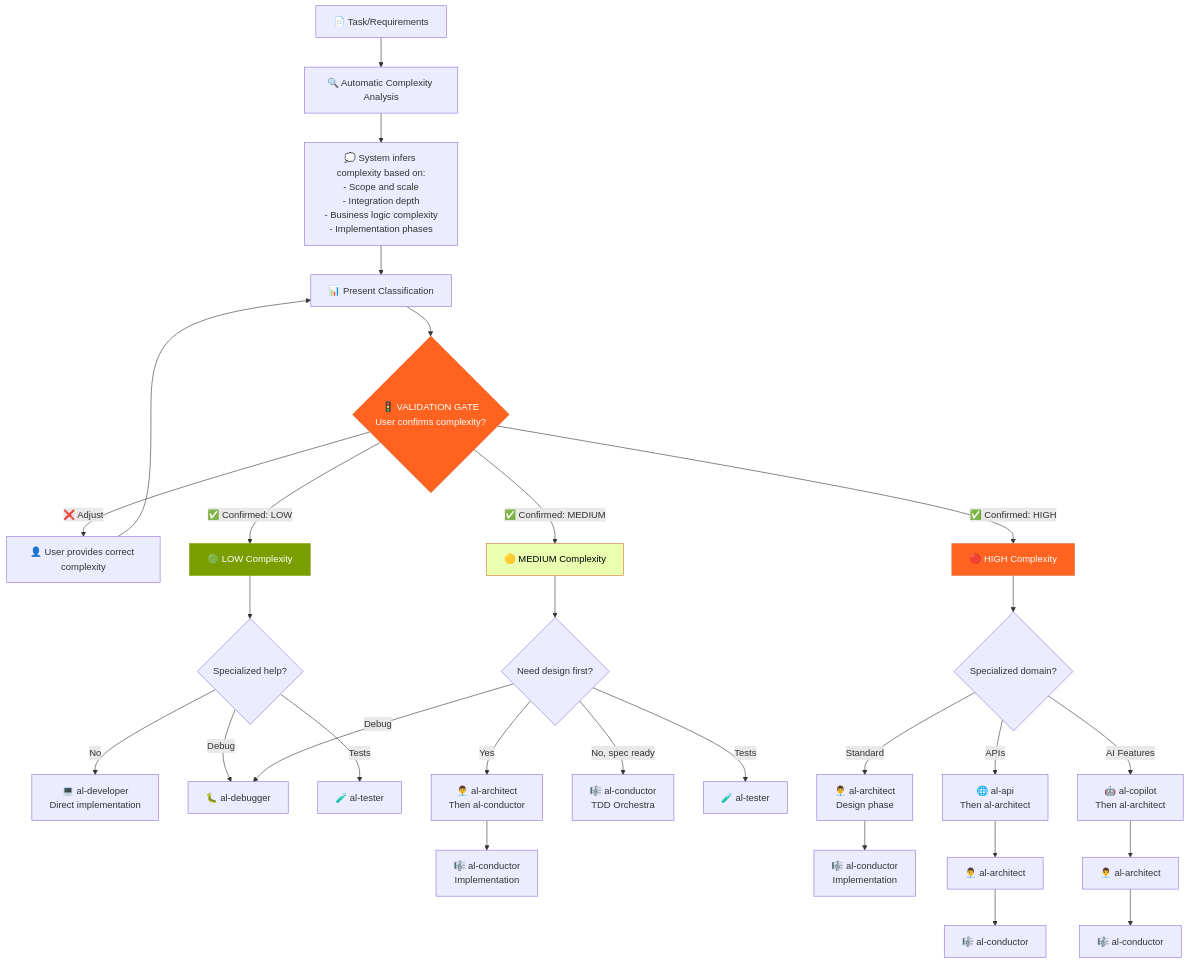
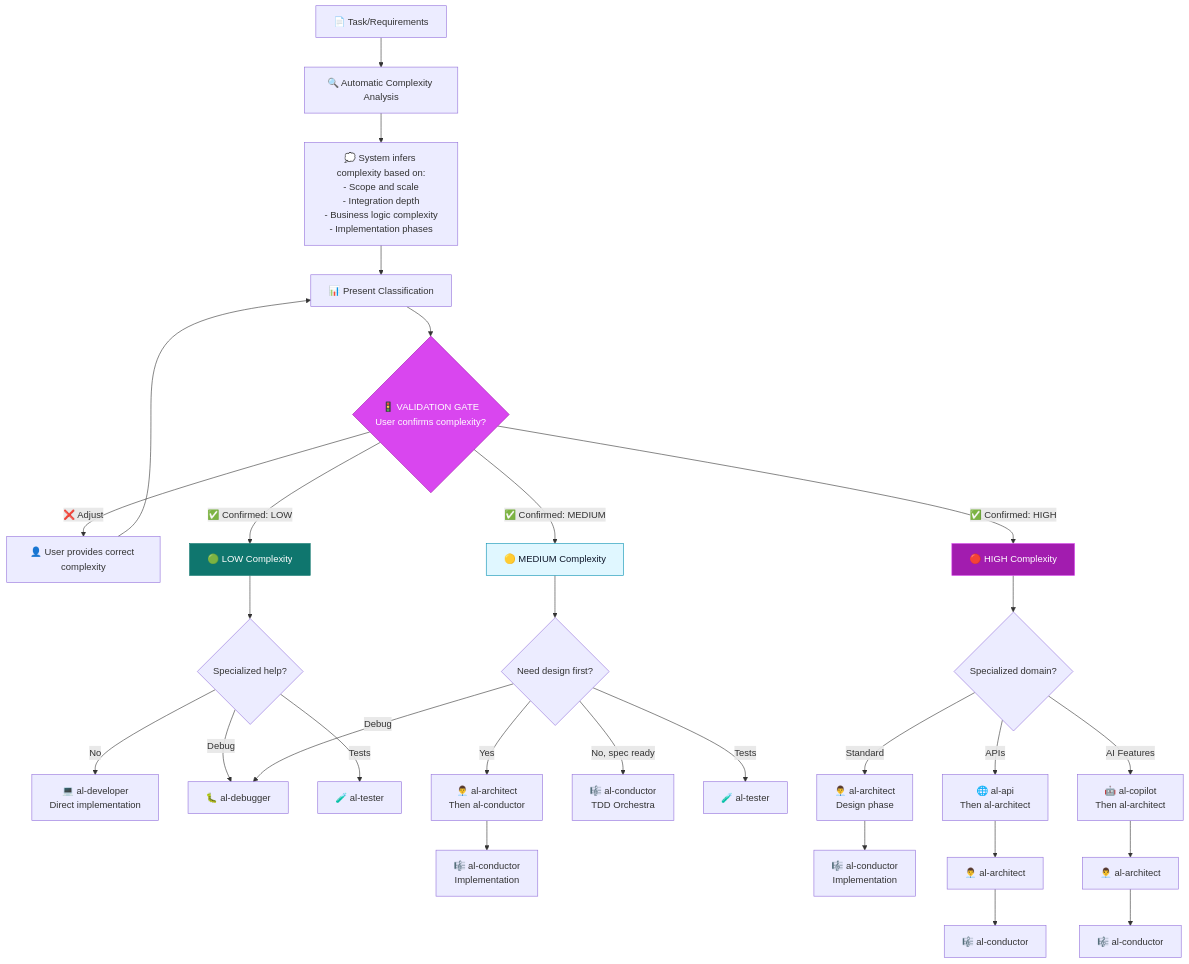
The diagram in docs/agents/index.md (javiarmesto/ALDC-AL-Development-Collection), drawn with Mermaid before and after one commit. The commit also changed 12 other files, not shown here.

````diff
--- a/docs/agents/index.md
+++ b/docs/agents/index.md
@@ -122,44 +122,44 @@
 ```mermaid
 graph TD
     Start[📄 Task/Requirements] --> Analyze[🔍 Automatic Complexity Analysis]
     
     Analyze --> Infer[💭 System infers complexity based on:<br/>- Scope and scale<br/>- Integration depth<br/>- Business logic complexity<br/>- Implementation phases]
     
     Infer --> Present[📊 Present Classification]
     Present --> Gate{🚦 VALIDATION GATE<br/>User confirms complexity?}
     
     Gate -->|❌ Adjust| UserInput[👤 User provides correct complexity]
     UserInput --> Present
     
     Gate -->|✅ Confirmed: LOW| Low[🟢 LOW Complexity]
     Gate -->|✅ Confirmed: MEDIUM| Med[🟡 MEDIUM Complexity]
     Gate -->|✅ Confirmed: HIGH| High[🔴 HIGH Complexity]
     
     Low --> LowRoute{Specialized help?}
     LowRoute -->|No| DevDirect[💻 al-developer<br/>Direct implementation]
     LowRoute -->|Debug| Debug[🐛 al-debugger]
     LowRoute -->|Tests| Test1[🧪 al-tester]
     
     Med --> MedRoute{Need design first?}
     MedRoute -->|Yes| Arch1[👨‍💼 al-architect<br/>Then al-conductor]
     MedRoute -->|No, spec ready| Conductor1[🎼 al-conductor<br/>TDD Orchestra]
     MedRoute -->|Debug| Debug
     MedRoute -->|Tests| Test2[🧪 al-tester]
     
     High --> HighRoute{Specialized domain?}
     HighRoute -->|Standard| Arch2[👨‍💼 al-architect<br/>Design phase]
     HighRoute -->|APIs| API[🌐 al-api<br/>Then al-architect]
     HighRoute -->|AI Features| Copilot[🤖 al-copilot<br/>Then al-architect]
     
     Arch1 --> Conductor2[🎼 al-conductor<br/>Implementation]
     Arch2 --> Conductor3[🎼 al-conductor<br/>Implementation]
     API --> Arch3[👨‍💼 al-architect]
     Copilot --> Arch4[👨‍💼 al-architect]
     Arch3 --> Conductor4[🎼 al-conductor]
     Arch4 --> Conductor5[🎼 al-conductor]
     
-    style Gate fill:#ff631f,stroke:#d8723c,color:#fff
-    style Low fill:#7a9e00,stroke:#7a9e00,color:#fff
-    style Med fill:#ebffb1,stroke:#d8723c,color:#000
-    style High fill:#ff631f,stroke:#d8723c,color:#fff
+    style Gate fill:#D946EF,stroke:#A21CAF,color:#fff
+    style Low fill:#0F766E,stroke:#0F766E,color:#fff
+    style Med fill:#E0F7FF,stroke:#0891B2,color:#0F172A
+    style High fill:#A21CAF,stroke:#D946EF,color:#fff
 ```
````
